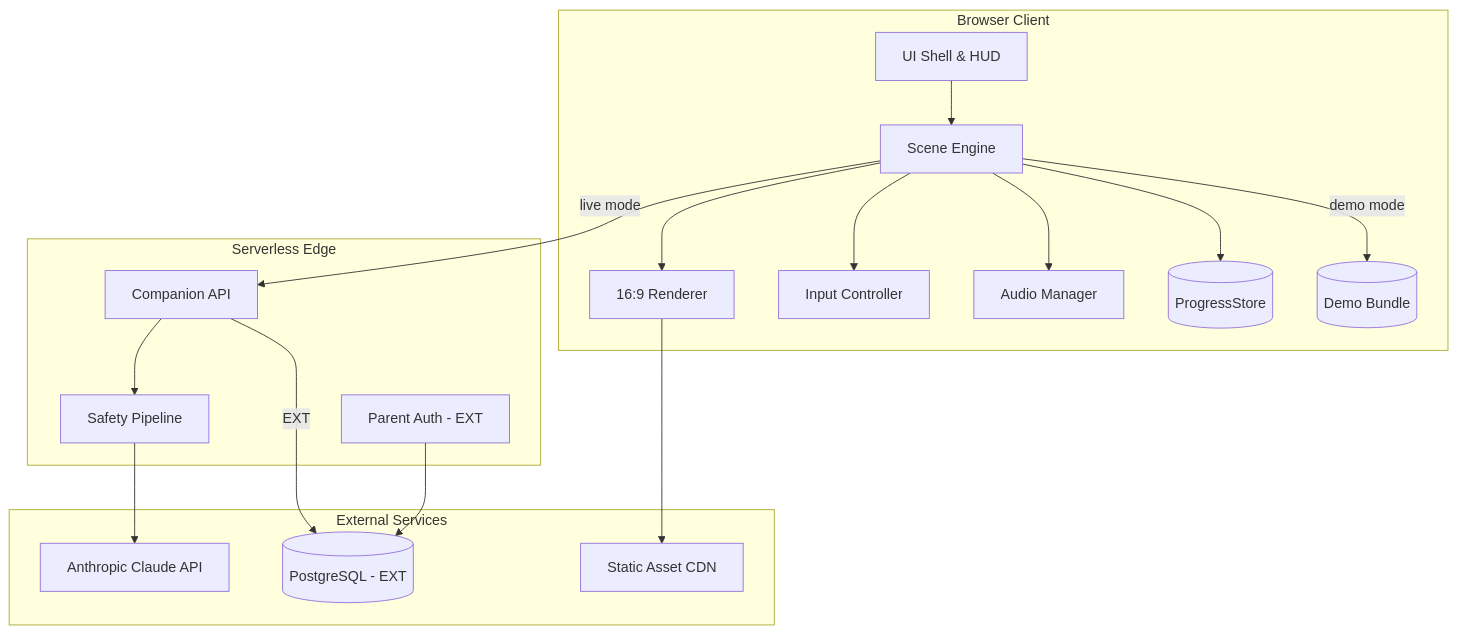
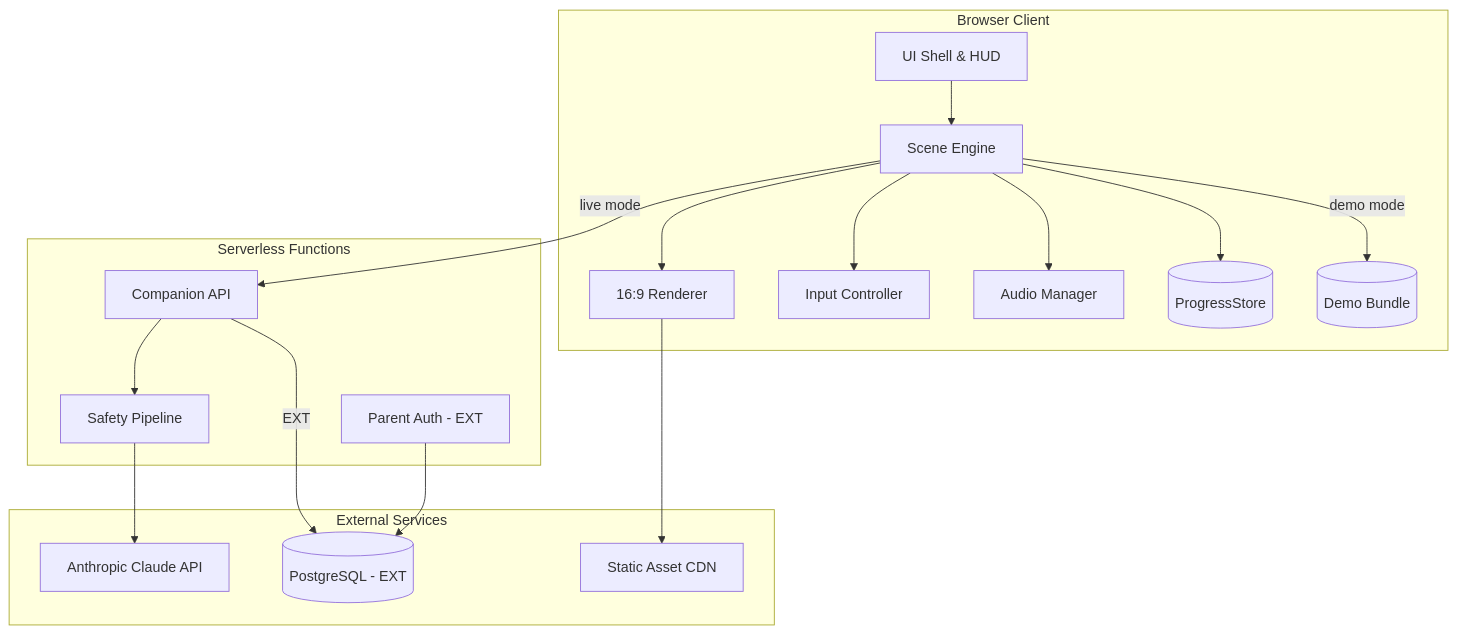
Before and after one commit to joseumeza/TruNorth: the first of 3 diagrams in TruNorthTechnicalSpecification.md, drawn with Mermaid. The commit also changed other lines of this file and 10 other files, not shown here.

````diff
--- a/TruNorthTechnicalSpecification.md
+++ b/TruNorthTechnicalSpecification.md
@@ -70,36 +120,33 @@
 ```mermaid
 flowchart TB
-    subgraph Client["Browser Client"]
-        UI[UI Shell & HUD]
-        Engine[Scene Engine]
-        Renderer[16:9 Renderer]
-        Input[Input Controller]
-        Audio[Audio Manager]
-        Store[(ProgressStore)]
-        DemoBundle[(Demo Bundle)]
-    end
-
-    subgraph Serverless["Serverless Edge"]
-        Proxy[Companion API]
-        Safety[Safety Pipeline]
-        Auth[Parent Auth - EXT]
-    end
-
-    subgraph External["External Services"]
-        Claude[Anthropic Claude API]
-        DB[(PostgreSQL - EXT)]
-        CDN[Static Asset CDN]
-    end
-
-    UI --> Engine
-    Engine --> Renderer
-    Engine --> Input
-    Engine --> Audio
-    Engine --> Store
-    Engine -->|live mode| Proxy
-    Engine -->|demo mode| DemoBundle
-    Proxy --> Safety --> Claude
-    Proxy -->|EXT| DB
-    Renderer --> CDN
-    Auth --> DB
+  subgraph Client["Browser Client"]
+    UI[UI Shell & HUD]
+    Engine[Scene Engine]
+    Renderer[16:9 Renderer]
+    Input[Input Controller]
+    Audio[Audio Manager]
+    Store[(ProgressStore)]
+    DemoBundle[(Demo Bundle)]
+  end
+  subgraph Serverless["Serverless Functions"]
+    Proxy[Companion API]
+    Safety[Safety Pipeline]
+    Auth[Parent Auth - EXT]
+  end
+  subgraph External["External Services"]
+    Claude[Anthropic Claude API]
+    DB[(PostgreSQL - EXT)]
+    CDN[Static Asset CDN]
+  end
+  UI --> Engine
+  Engine --> Renderer
+  Engine --> Input
+  Engine --> Audio
+  Engine --> Store
+  Engine -->|live mode| Proxy
+  Engine -->|demo mode| DemoBundle
+  Proxy --> Safety --> Claude
+  Proxy -->|EXT| DB
+  Renderer --> CDN
+  Auth --> DB
 ```
````
